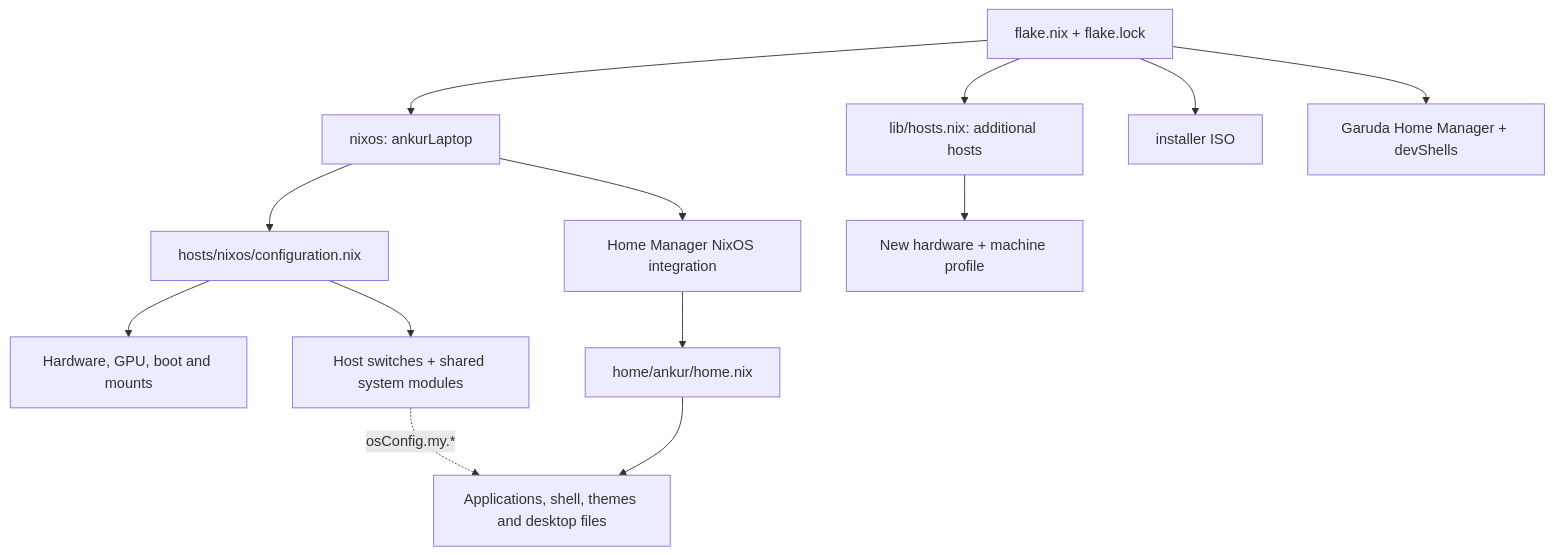
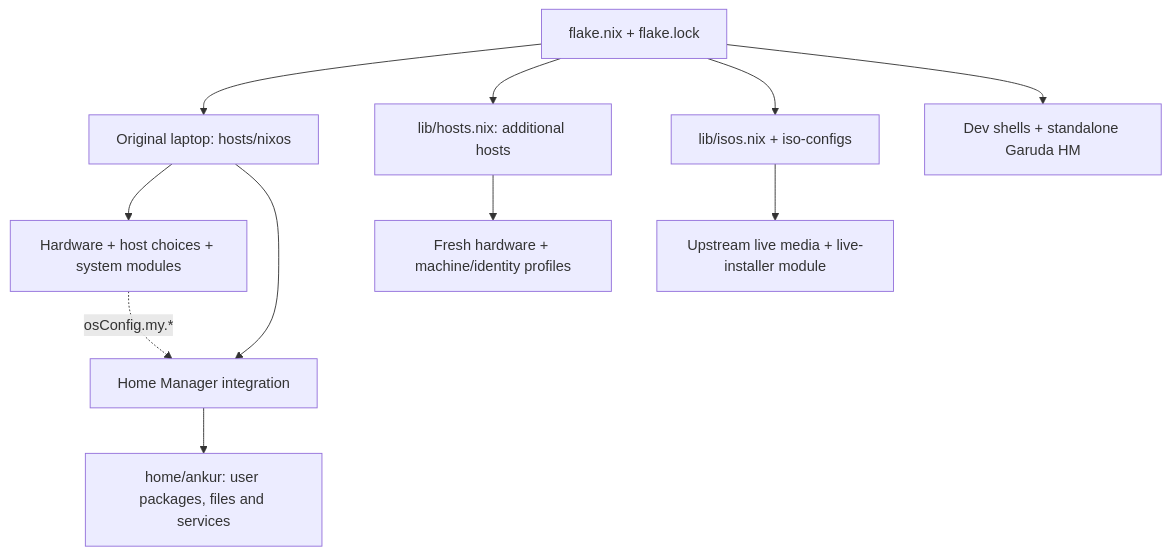
One commit to AnkurAlpha/My-personal-nix-config changed the diagram in README.md. Above: the diagram before and after it, drawn with Mermaid. The commit also changed other lines of this file and 70 other files, not shown here.

First line of the commit message:
Add configurable live ISOs and a single dynamic-account manual

````diff
--- a/README.md
+++ b/README.md
@@ -40,15 +340,13 @@
 ```mermaid
 flowchart TD
-  F["flake.nix + flake.lock"] --> L["nixos: ankurLaptop"]
+  F["flake.nix + flake.lock"] --> L["Original laptop: hosts/nixos"]
   F --> N["lib/hosts.nix: additional hosts"]
-  F --> I["installer ISO"]
-  F --> G["Garuda Home Manager + devShells"]
-  L --> C["hosts/nixos/configuration.nix"]
-  C --> H["Hardware, GPU, boot and mounts"]
-  C --> S["Host switches + shared system modules"]
-  L --> M["Home Manager NixOS integration"]
-  M --> U["home/ankur/home.nix"]
-  U --> A["Applications, shell, themes and desktop files"]
-  S -. "osConfig.my.*" .-> A
-  N --> P["New hardware + machine profile"]
+  F --> I["lib/isos.nix + iso-configs"]
+  F --> D["Dev shells + standalone Garuda HM"]
+  L --> S["Hardware + host choices + system modules"]
+  L --> H["Home Manager integration"]
+  S -. "osConfig.my.*" .-> H
+  H --> U["home/ankur: user packages, files and services"]
+  N --> M["Fresh hardware + machine/identity profiles"]
+  I --> B["Upstream live media + live-installer module"]
 ```
````
